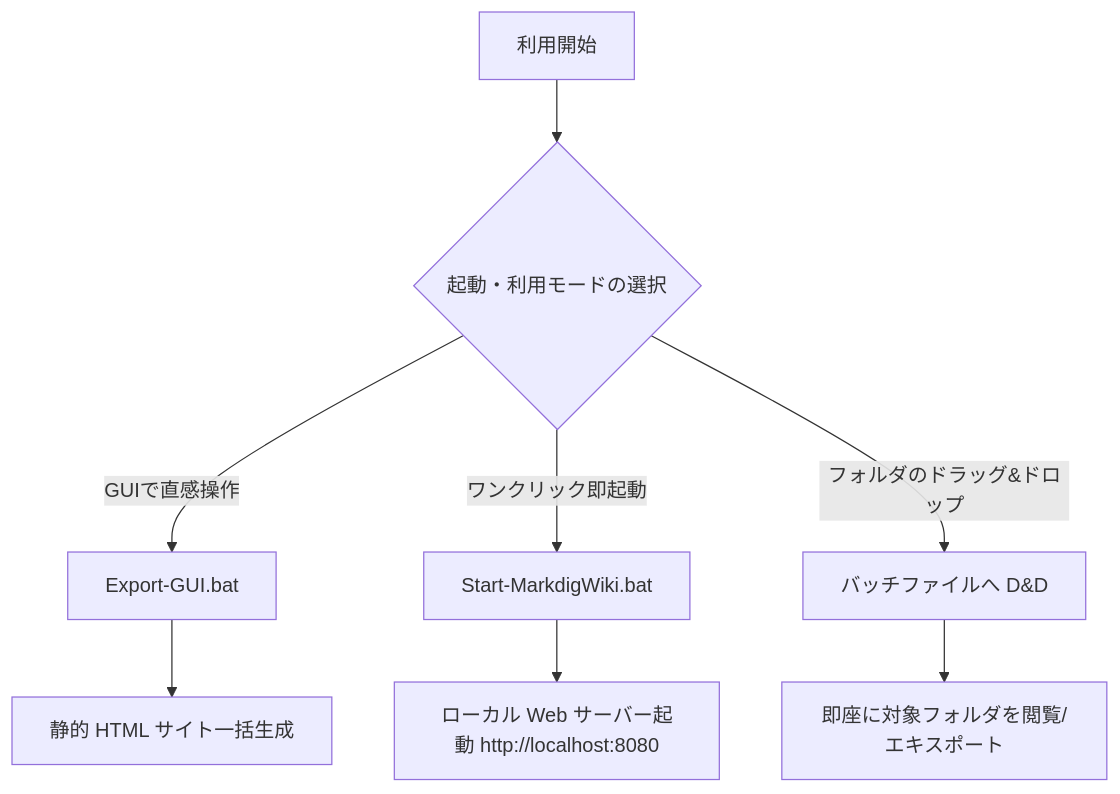
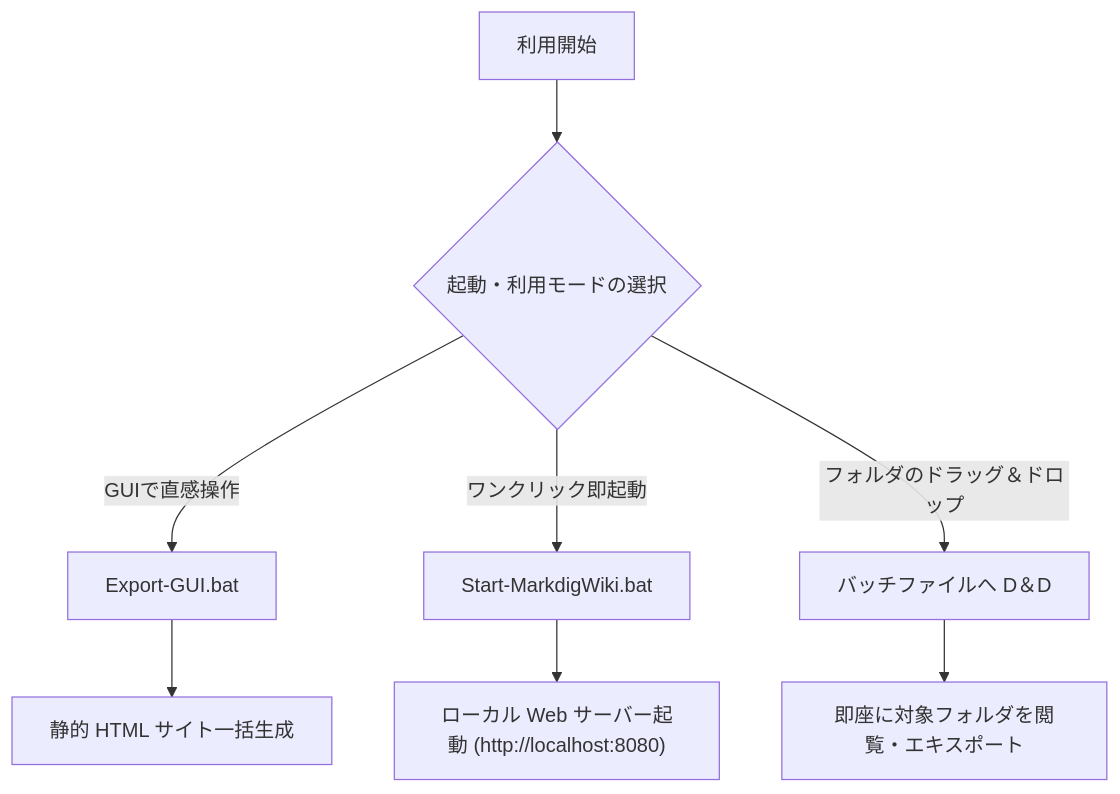
The diagram in markdown_sample/docs/user-guide/クイックスタート.md (chottokun/SimpleWiki), drawn with Mermaid before and after one commit. The commit also changed 4 other files, not shown here.

Commit message:
fix(docs): quote Mermaid diagram labels for strict parser compatibility

````diff
--- a/markdown_sample/docs/user-guide/クイックスタート.md
+++ b/markdown_sample/docs/user-guide/クイックスタート.md
@@ -33,11 +33,11 @@
 ```mermaid
 flowchart TD
-    Start[利用開始] --> Choice{起動・利用モードの選択}
-    Choice -->|GUIで直感操作| GUI[Export-GUI.bat]
-    Choice -->|ワンクリック即起動| Server[Start-MarkdigWiki.bat]
-    Choice -->|フォルダのドラッグ&ドロップ| Drag[バッチファイルへ D&D]
+    Start["利用開始"] --> Choice{"起動・利用モードの選択"}
+    Choice -->|GUIで直感操作| GUI["Export-GUI.bat"]
+    Choice -->|ワンクリック即起動| Server["Start-MarkdigWiki.bat"]
+    Choice -->|フォルダのドラッグ＆ドロップ| Drag["バッチファイルへ D＆D"]
     
-    GUI --> StaticHTML[静的 HTML サイト一括生成]
-    Server --> LocalWeb[ローカル Web サーバー起動 http://localhost:8080]
-    Drag --> Instant[即座に対象フォルダを閲覧/エキスポート]
+    GUI --> StaticHTML["静的 HTML サイト一括生成"]
+    Server --> LocalWeb["ローカル Web サーバー起動 (http://localhost:8080)"]
+    Drag --> Instant["即座に対象フォルダを閲覧・エキスポート"]
 ```
````
